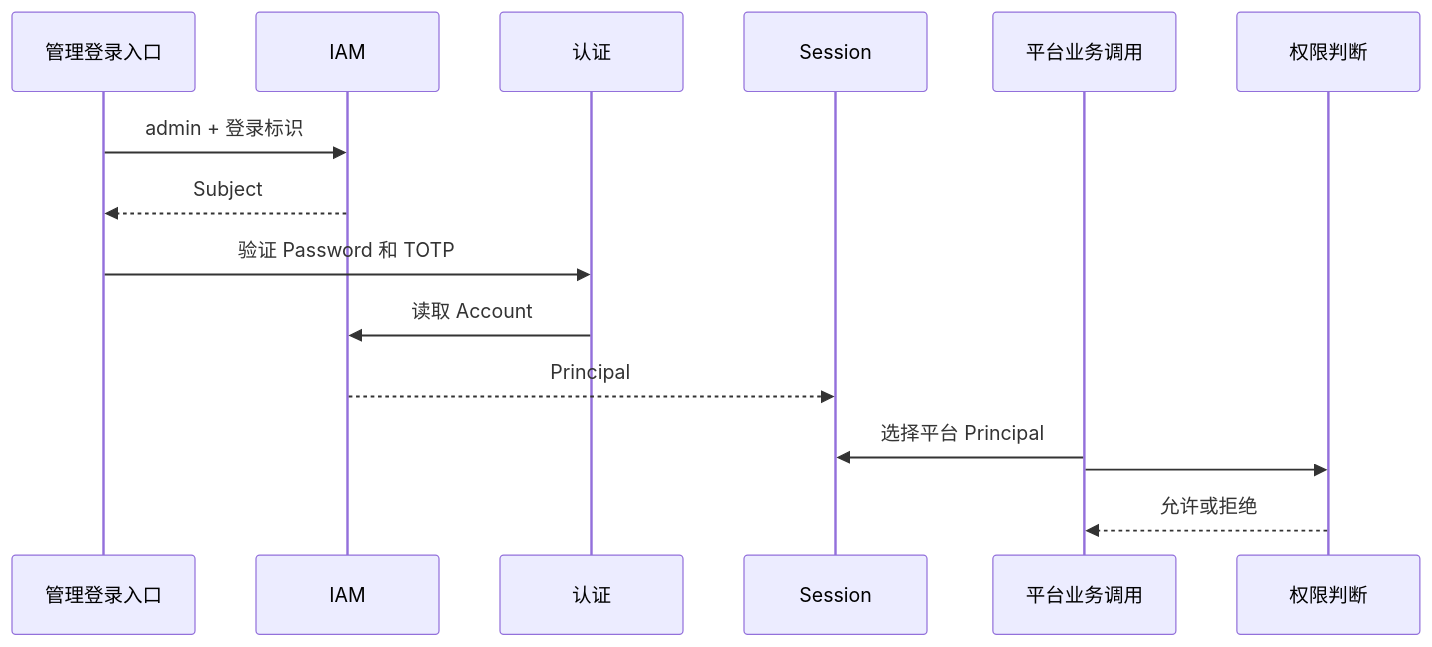
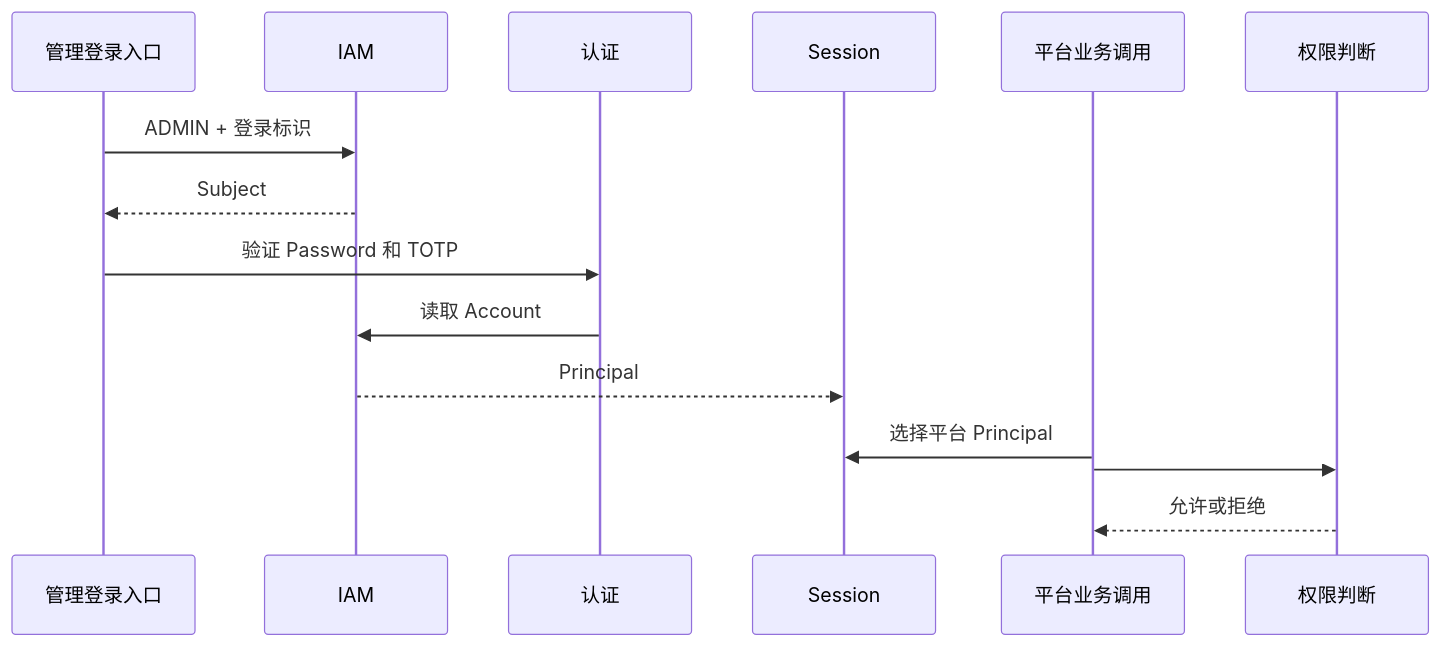
Before and after one commit to SH-XiaoXiu/sca4d-j: the second of 6 diagrams in docs/home/identity.md, drawn with Mermaid. The commit also changed other lines of this file and 70 other files, not shown here.

````diff
--- a/docs/home/identity.md
+++ b/docs/home/identity.md
@@ -71,18 +71,18 @@
 ```mermaid
 sequenceDiagram
     participant Login as 管理登录入口
     participant IAM as IAM
     participant Auth as 认证
     participant Session as Session
     participant Call as 平台业务调用
     participant Permission as 权限判断
 
-    Login->>IAM: admin + 登录标识
+    Login->>IAM: ADMIN + 登录标识
     IAM-->>Login: Subject #1001、Account #2001
     Login->>Auth: 验证 Password 和 TOTP
     Auth->>IAM: 读取 Account #2001 可选的 Principal
     IAM-->>Session: Principal #3001、#3002
     Call->>Session: 选择平台 Principal #3001
     Call->>Permission: #3001 对目标资源执行目标操作
     Permission-->>Call: 允许或拒绝
 ```
````
